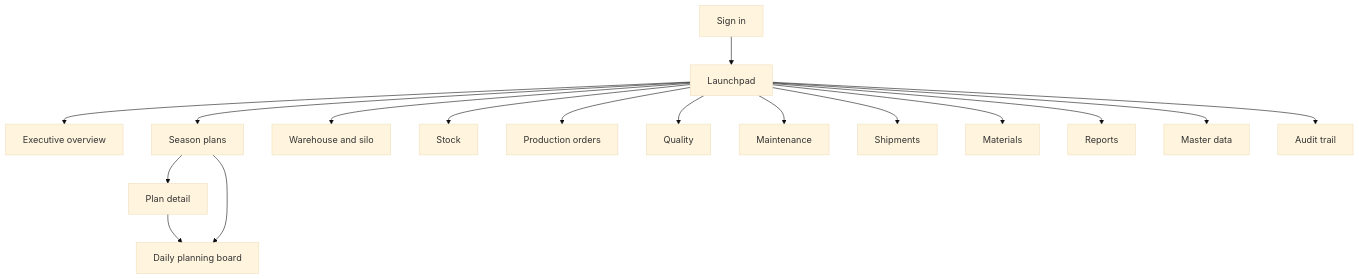
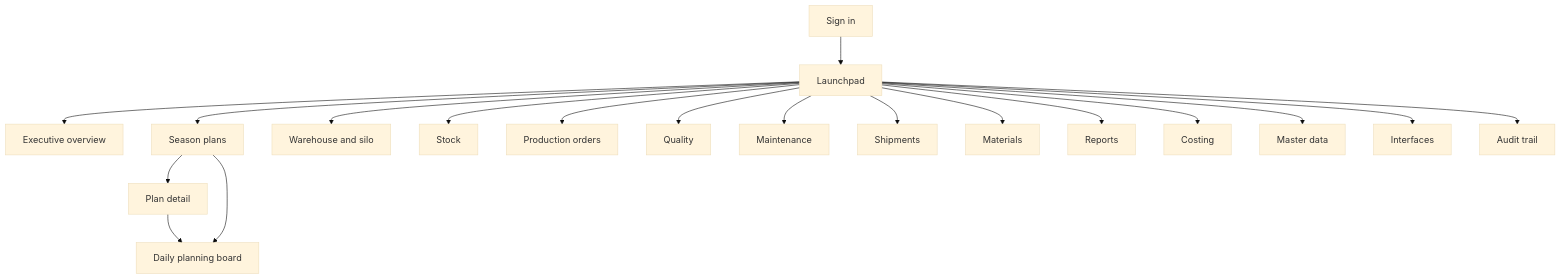
Before and after one commit to Sovanna2011/Claude-Code: the diagram in sugar-planning/docs/08-ui-sitemap.md, drawn with Mermaid (base theme). The commit also changed other lines of this file and 33 other files, not shown here.

````diff
--- a/sugar-planning/docs/08-ui-sitemap.md
+++ b/sugar-planning/docs/08-ui-sitemap.md
@@ -11,19 +11,21 @@
 ```mermaid
 flowchart TD
     L[Sign in] --> H[Launchpad]
     H --> O[Executive overview]
     H --> P[Season plans]
     P --> PD[Plan detail]
     PD --> B[Daily planning board]
     P --> B
     H --> W[Warehouse and silo]
     H --> ST[Stock]
     H --> PO[Production orders]
     H --> Q[Quality]
     H --> MN[Maintenance]
     H --> S[Shipments]
     H --> M[Materials]
     H --> R[Reports]
+    H --> C[Costing]
     H --> MD[Master data]
+    H --> I[Interfaces]
     H --> A[Audit trail]
 ```
````
